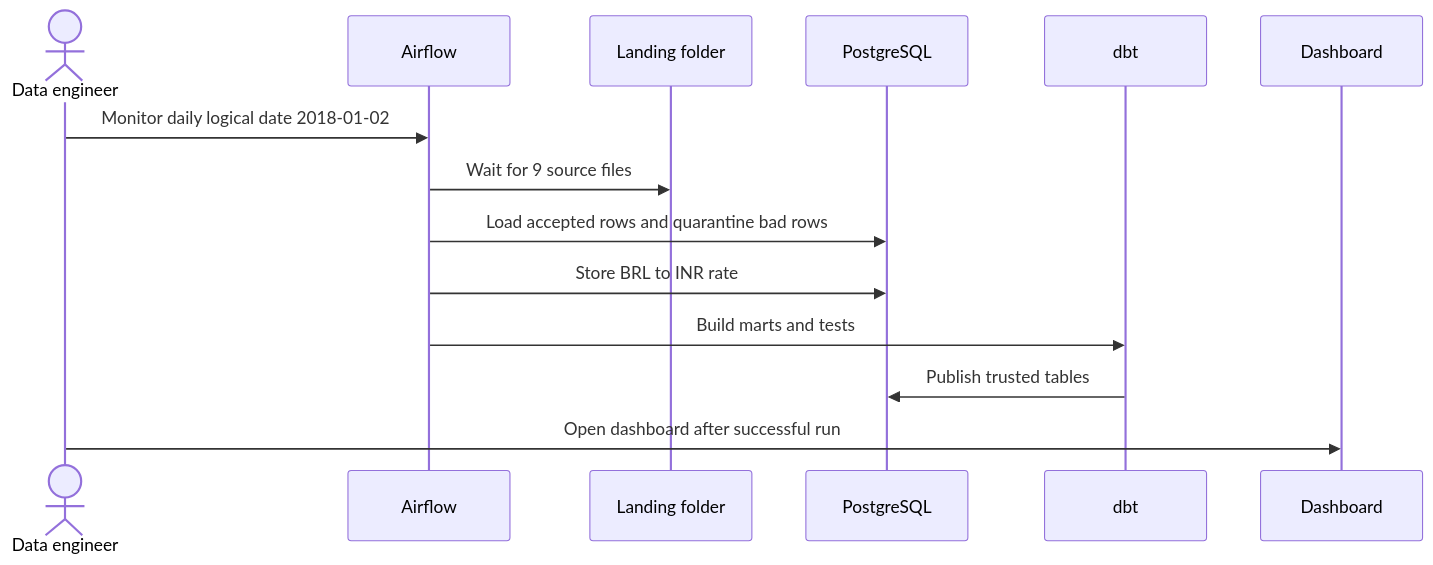
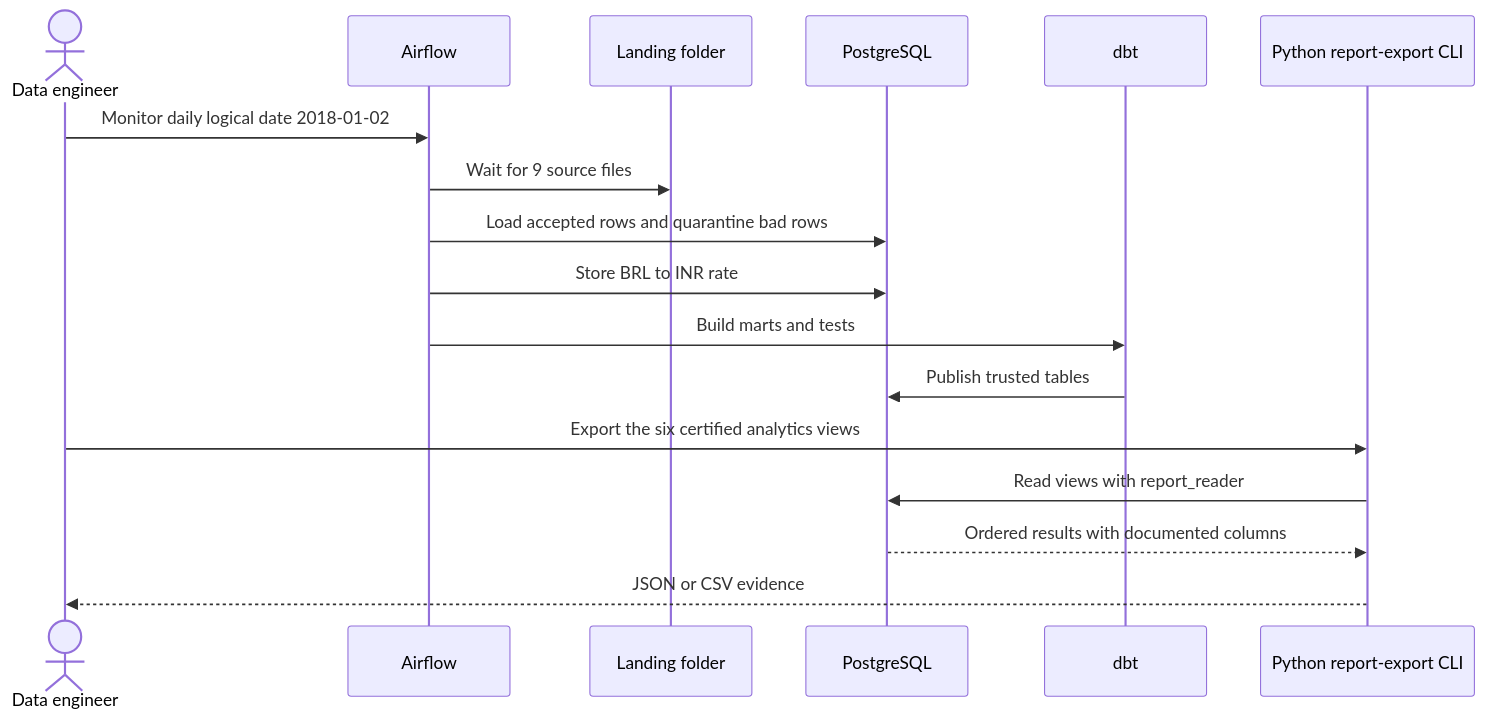
One commit to sukurcf/spec-shopsight-sales-pipeline changed the first of 3 diagrams in docs/02-users-and-roles.md. Above: the diagram before and after it, drawn with Mermaid. The commit also changed other lines of this file and 14 other files, not shown here.

````diff
--- a/docs/02-users-and-roles.md
+++ b/docs/02-users-and-roles.md
@@ -45,16 +45,19 @@
 ```mermaid
 sequenceDiagram
     actor DE as Data engineer
     participant AF as Airflow
     participant LD as Landing folder
     participant PG as PostgreSQL
     participant DBT as dbt
-    participant DS as Dashboard
+    participant CLI as Python report-export CLI
     DE->>AF: Monitor daily logical date 2018-01-02
     AF->>LD: Wait for 9 source files
     AF->>PG: Load accepted rows and quarantine bad rows
     AF->>PG: Store BRL to INR rate
     AF->>DBT: Build marts and tests
     DBT->>PG: Publish trusted tables
-    DE->>DS: Open dashboard after successful run
+    DE->>CLI: Export the six certified analytics views
+    CLI->>PG: Read views with report_reader
+    PG-->>CLI: Ordered results with documented columns
+    CLI-->>DE: JSON or CSV evidence
 ```
````
